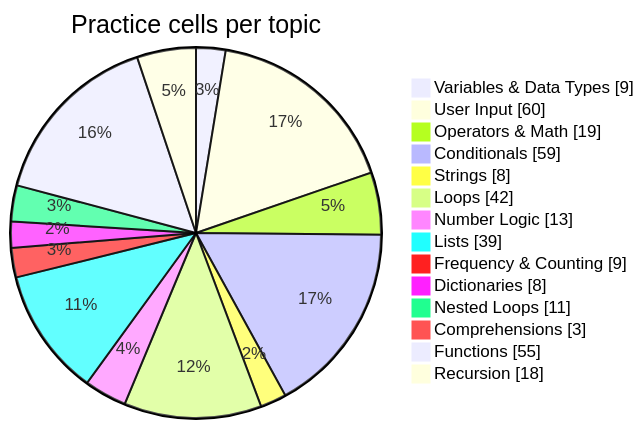
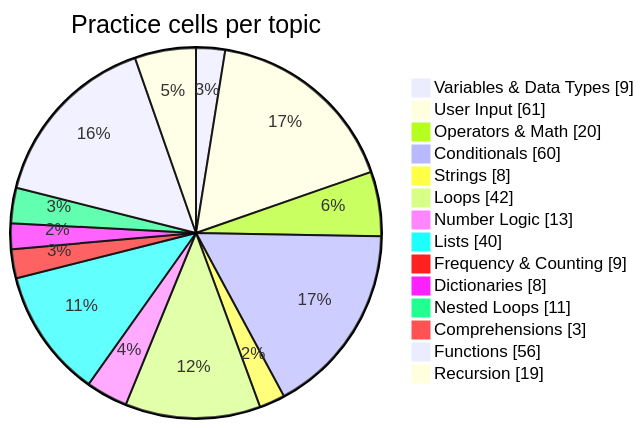
One commit to Phantom2101/Python-Daily-Practice changed the diagram in README.md. Above: the diagram before and after it, drawn with Mermaid. The commit also changed other lines of this file and 1 other file, not shown here.

````diff
--- a/README.md
+++ b/README.md
@@ -126,17 +126,17 @@
 ```mermaid
 pie showData title Practice cells per topic
     "Variables & Data Types" : 9
-    "User Input" : 60
-    "Operators & Math" : 19
-    "Conditionals" : 59
+    "User Input" : 61
+    "Operators & Math" : 20
+    "Conditionals" : 60
     "Strings" : 8
     "Loops" : 42
     "Number Logic" : 13
-    "Lists" : 39
+    "Lists" : 40
     "Frequency & Counting" : 9
     "Dictionaries" : 8
     "Nested Loops" : 11
     "Comprehensions" : 3
-    "Functions" : 55
-    "Recursion" : 18
+    "Functions" : 56
+    "Recursion" : 19
 ```
````
